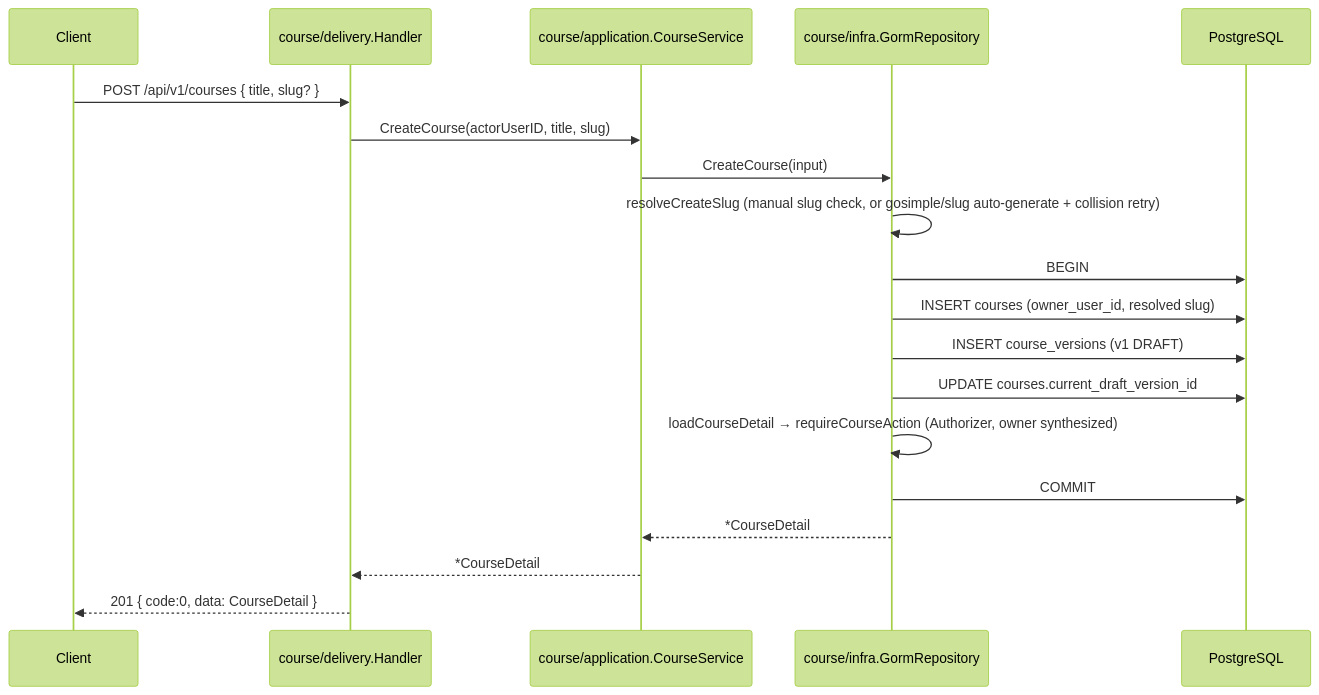
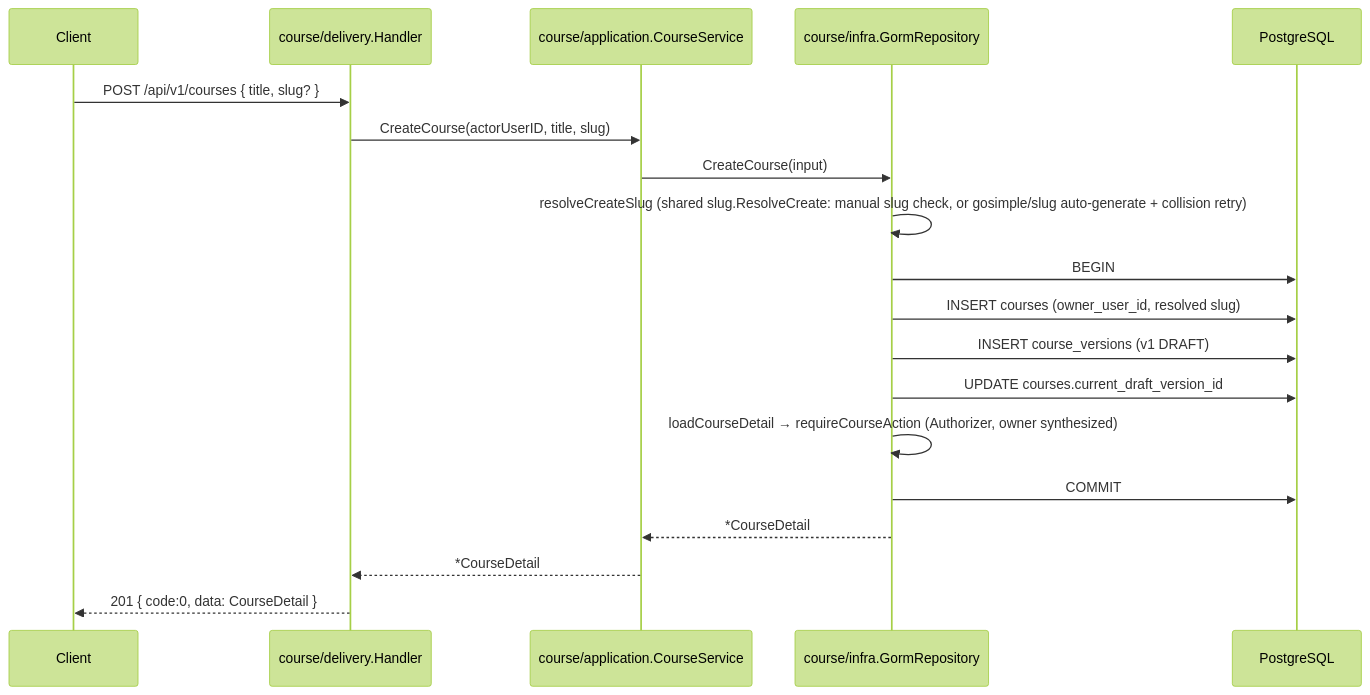
One commit to lkienkle11/be-mycourse changed the second of 26 diagrams in docs/sequence_diagrams.md. Above: the diagram before and after it, drawn with Mermaid (forest theme). The commit also changed other lines of this file and 23 other files, not shown here.

Commit message:
docs: document user slug and shared slug resolver

````diff
--- a/docs/sequence_diagrams.md
+++ b/docs/sequence_diagrams.md
@@ -89,22 +89,22 @@
 ```mermaid
 sequenceDiagram
     participant C as Client
     participant H as course/delivery.Handler
     participant S as course/application.CourseService
     participant R as course/infra.GormRepository
     participant DB as PostgreSQL
 
     C->>H: POST /api/v1/courses { title, slug? }
     H->>S: CreateCourse(actorUserID, title, slug)
     S->>R: CreateCourse(input)
-    R->>R: resolveCreateSlug (manual slug check, or gosimple/slug auto-generate + collision retry)
+    R->>R: resolveCreateSlug (shared slug.ResolveCreate: manual slug check, or gosimple/slug auto-generate + collision retry)
     R->>DB: BEGIN
     R->>DB: INSERT courses (owner_user_id, resolved slug)
     R->>DB: INSERT course_versions (v1 DRAFT)
     R->>DB: UPDATE courses.current_draft_version_id
     R->>R: loadCourseDetail → requireCourseAction (Authorizer, owner synthesized)
     R->>DB: COMMIT
     R-->>S: *CourseDetail
     S-->>H: *CourseDetail
     H-->>C: 201 { code:0, data: CourseDetail }
 ```
````
